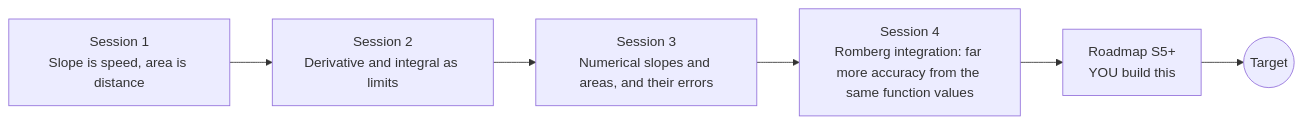
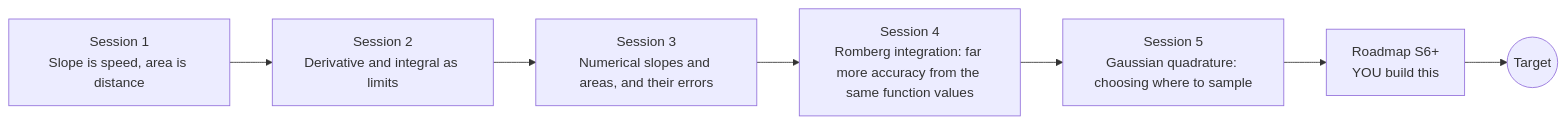
One commit to KrunalPanchal1995/opencalculus changed the diagram in README.md. Above: the diagram before and after it, drawn with Mermaid. The commit also changed other lines of this file and 20 other files, not shown here.

First line of the commit message:
Session 5: Gaussian quadrature, choosing where to sample (hub #107)

````diff
--- a/README.md
+++ b/README.md
@@ -85,10 +86,11 @@
 ```mermaid
 flowchart LR
   S1[Session 1<br/>Slope is speed, area is distance]
   S2[Session 2<br/>Derivative and integral as limits]
   S3[Session 3<br/>Numerical slopes and areas, and their errors]
   S4[Session 4<br/>Romberg integration: far more accuracy from the same function values]
-  R[Roadmap S5+<br/>YOU build this]
+  S5[Session 5<br/>Gaussian quadrature: choosing where to sample]
+  R[Roadmap S6+<br/>YOU build this]
   T((Target))
-  S1 --> S2 --> S3 --> S4 --> R --> T
+  S1 --> S2 --> S3 --> S4 --> S5 --> R --> T
 ```
````
